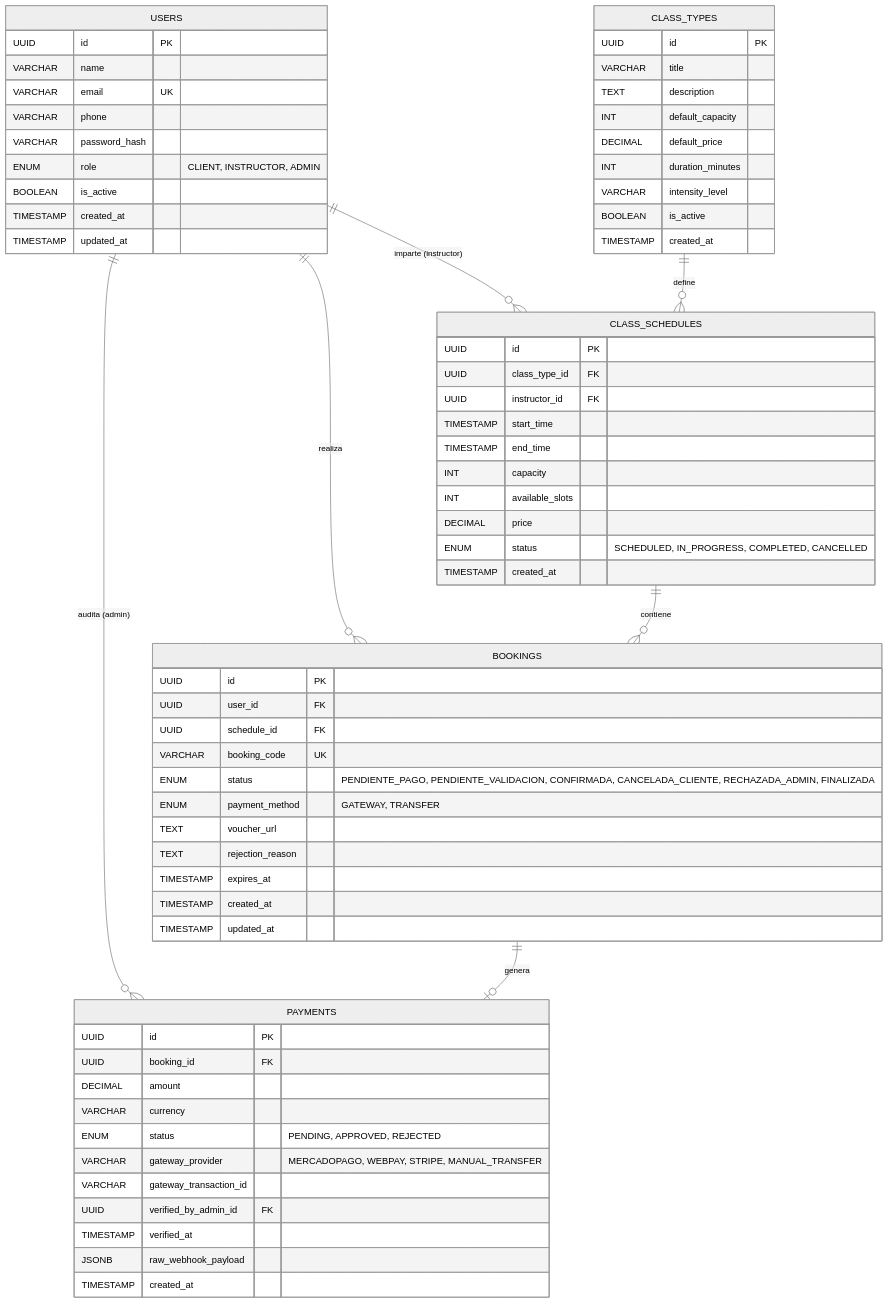
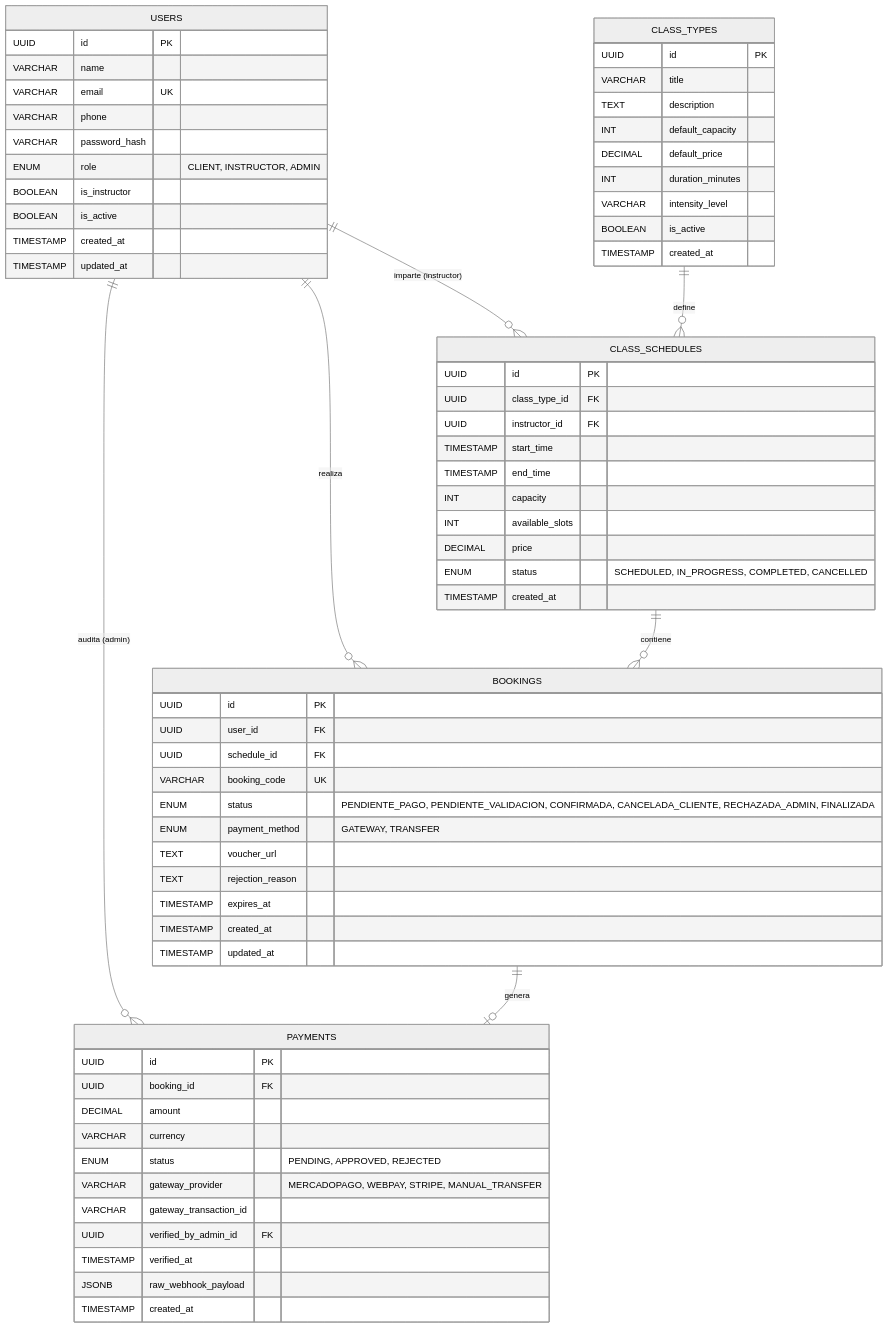
The diagram in docs/04_ESPECIFICACIONES_TECNICAS.md (es7eeban/pilates), drawn with Mermaid (neutral theme) before and after one commit. The commit also changed other lines of this file and 3 other files, not shown here.

````diff
--- a/docs/04_ESPECIFICACIONES_TECNICAS.md
+++ b/docs/04_ESPECIFICACIONES_TECNICAS.md
@@ -21,74 +21,75 @@
 ```mermaid
 erDiagram
     USERS ||--o{ BOOKINGS : "realiza"
     USERS ||--o{ PAYMENTS : "audita (admin)"
     USERS ||--o{ CLASS_SCHEDULES : "imparte (instructor)"
     CLASS_TYPES ||--o{ CLASS_SCHEDULES : "define"
     CLASS_SCHEDULES ||--o{ BOOKINGS : "contiene"
     BOOKINGS ||--o| PAYMENTS : "genera"
 
     USERS {
         UUID id PK
         VARCHAR name
         VARCHAR email UK
         VARCHAR phone
         VARCHAR password_hash
         ENUM role "CLIENT, INSTRUCTOR, ADMIN"
+        BOOLEAN is_instructor
         BOOLEAN is_active
         TIMESTAMP created_at
         TIMESTAMP updated_at
     }
 
     CLASS_TYPES {
         UUID id PK
         VARCHAR title
         TEXT description
         INT default_capacity
         DECIMAL default_price
         INT duration_minutes
         VARCHAR intensity_level
         BOOLEAN is_active
         TIMESTAMP created_at
     }
 
     CLASS_SCHEDULES {
         UUID id PK
         UUID class_type_id FK
         UUID instructor_id FK
         TIMESTAMP start_time
         TIMESTAMP end_time
         INT capacity
         INT available_slots
         DECIMAL price
         ENUM status "SCHEDULED, IN_PROGRESS, COMPLETED, CANCELLED"
         TIMESTAMP created_at
     }
 
     BOOKINGS {
         UUID id PK
         UUID user_id FK
         UUID schedule_id FK
         VARCHAR booking_code UK
         ENUM status "PENDIENTE_PAGO, PENDIENTE_VALIDACION, CONFIRMADA, CANCELADA_CLIENTE, RECHAZADA_ADMIN, FINALIZADA"
         ENUM payment_method "GATEWAY, TRANSFER"
         TEXT voucher_url
         TEXT rejection_reason
         TIMESTAMP expires_at
         TIMESTAMP created_at
         TIMESTAMP updated_at
     }
 
     PAYMENTS {
         UUID id PK
         UUID booking_id FK
         DECIMAL amount
         VARCHAR currency
         ENUM status "PENDING, APPROVED, REJECTED"
         VARCHAR gateway_provider "MERCADOPAGO, WEBPAY, STRIPE, MANUAL_TRANSFER"
         VARCHAR gateway_transaction_id
         UUID verified_by_admin_id FK
         TIMESTAMP verified_at
         JSONB raw_webhook_payload
         TIMESTAMP created_at
     }
 ```
````
